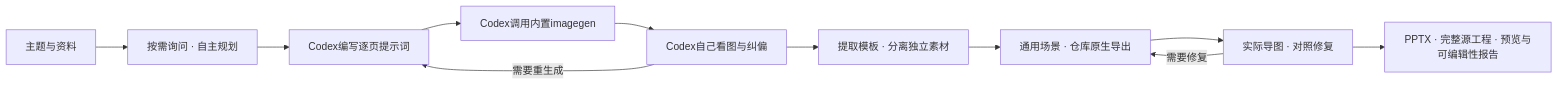
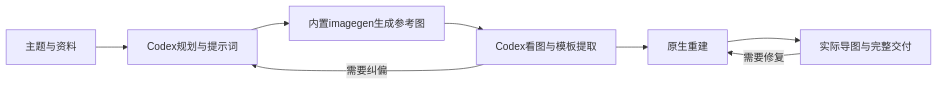
Before and after one commit to Meyt1n/web-to-editable-slides: the diagram in README.md, drawn with Mermaid. The commit also changed other lines of this file, not shown here.

````diff
--- a/README.md
+++ b/README.md
@@ -27,13 +58,10 @@
 ```mermaid
 flowchart LR
-    A[主题与资料] --> B[按需询问 · 自主规划]
-    B --> C[Codex编写逐页提示词]
-    C --> D[Codex调用内置imagegen]
-    D --> E[Codex自己看图与纠偏]
-    E --> F[提取模板 · 分离独立素材]
-    F --> G[通用场景 · 仓库原生导出]
-    G --> H[实际导图 · 对照修复]
-    H --> I[PPTX · 完整源工程 · 预览与可编辑性报告]
-    E -->|需要重生成| C
-    H -->|需要修复| G
+    A[主题与资料] --> B[Codex规划与提示词]
+    B --> C[内置imagegen生成参考图]
+    C --> D[Codex看图与模板提取]
+    D --> E[原生重建]
+    E --> F[实际导图与完整交付]
+    D -->|需要纠偏| B
+    F -->|需要修复| E
 ```
````
